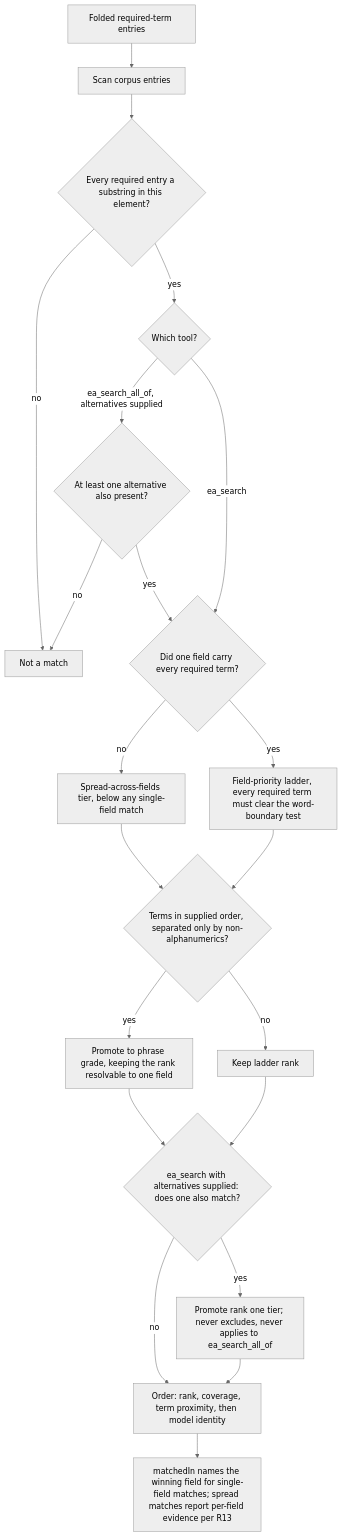
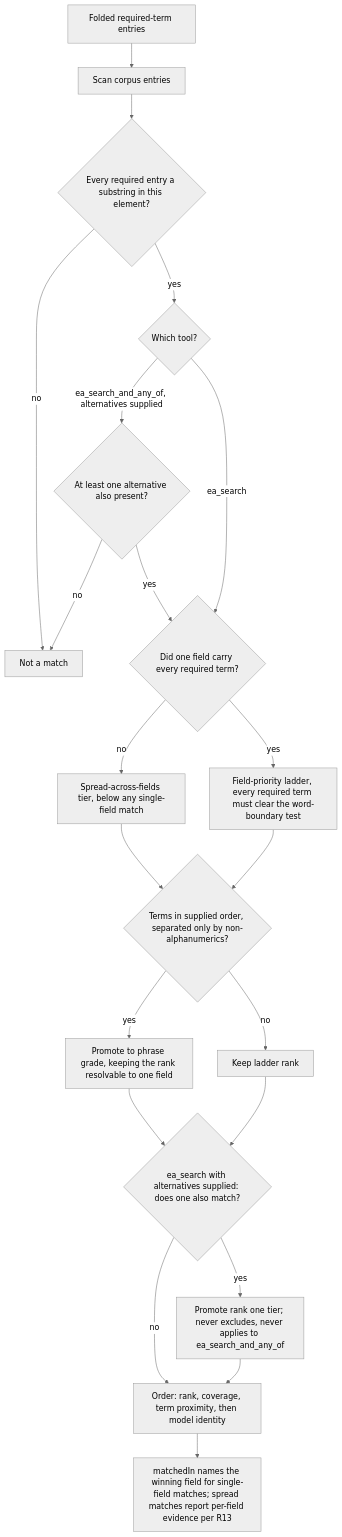
The diagram in docs/plans/2026-08-30-001-feat-multi-term-search-plan.md (mm6502/enterprise-architect-mcp), drawn with Mermaid (neutral theme) before and after one commit. The commit also changed other lines of this file, not shown here.

First line of the commit message:
docs(plan): rename ea_search_all_of to ea_search_and_any_of

````diff
--- a/docs/plans/2026-08-30-001-feat-multi-term-search-plan.md
+++ b/docs/plans/2026-08-30-001-feat-multi-term-search-plan.md
@@ -118,23 +118,23 @@
 ```mermaid
 flowchart TB
   Q[Folded required-term entries] --> S[Scan corpus entries]
   S --> C{Every required entry a substring in this element?}
   C -->|no| X[Not a match]
   C -->|yes| T{Which tool?}
-  T -->|ea_search_all_of, alternatives supplied| N{At least one alternative also present?}
+  T -->|ea_search_and_any_of, alternatives supplied| N{At least one alternative also present?}
   N -->|no| X
   N -->|yes| F
   T -->|ea_search| F{Did one field carry every required term?}
   F -->|yes| L[Field-priority ladder, every required term must clear the word-boundary test]
   F -->|no| D[Spread-across-fields tier, below any single-field match]
   D --> A
   L --> A{Terms in supplied order, separated only by non-alphanumerics?}
   A -->|yes| P[Promote to phrase grade, keeping the rank resolvable to one field]
   A -->|no| K[Keep ladder rank]
   P --> RK
   K --> RK{ea_search with alternatives supplied: does one also match?}
-  RK -->|yes| PR[Promote rank one tier; never excludes, never applies to ea_search_all_of]
+  RK -->|yes| PR[Promote rank one tier; never excludes, never applies to ea_search_and_any_of]
   RK -->|no| O
   PR --> O[Order: rank, coverage, term proximity, then model identity]
   O --> M[matchedIn names the winning field for single-field matches; spread matches report per-field evidence per R13]
 ```
````
